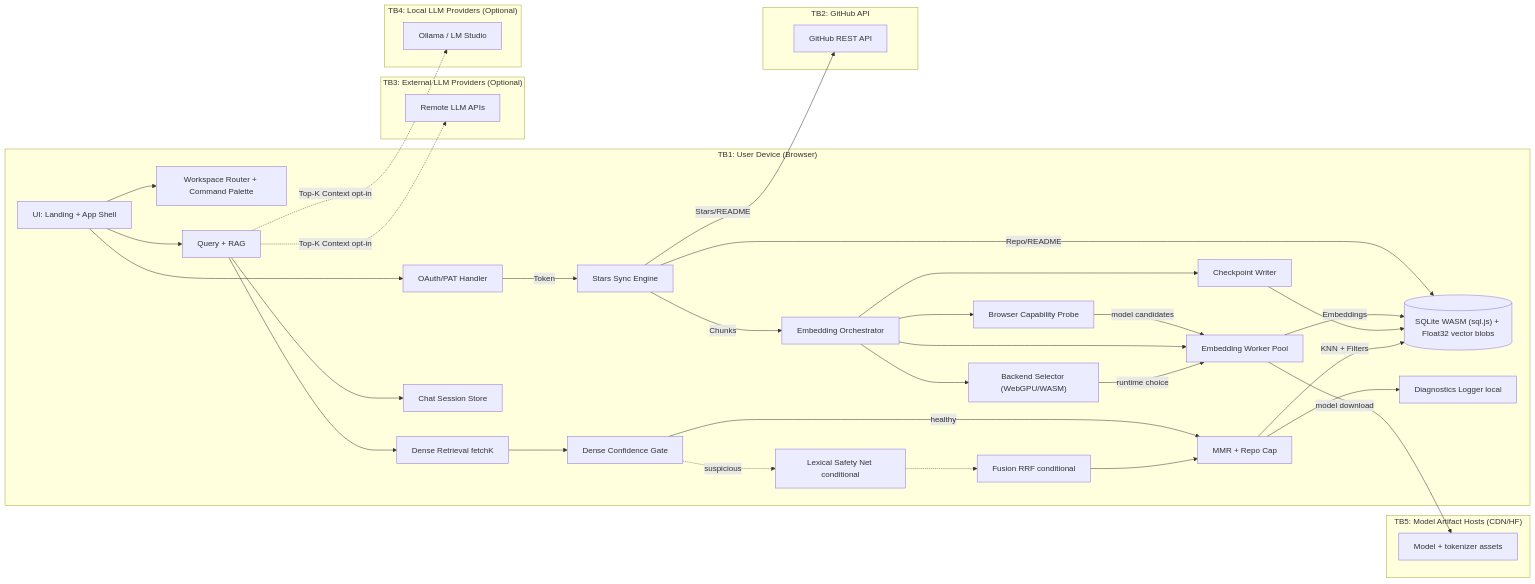
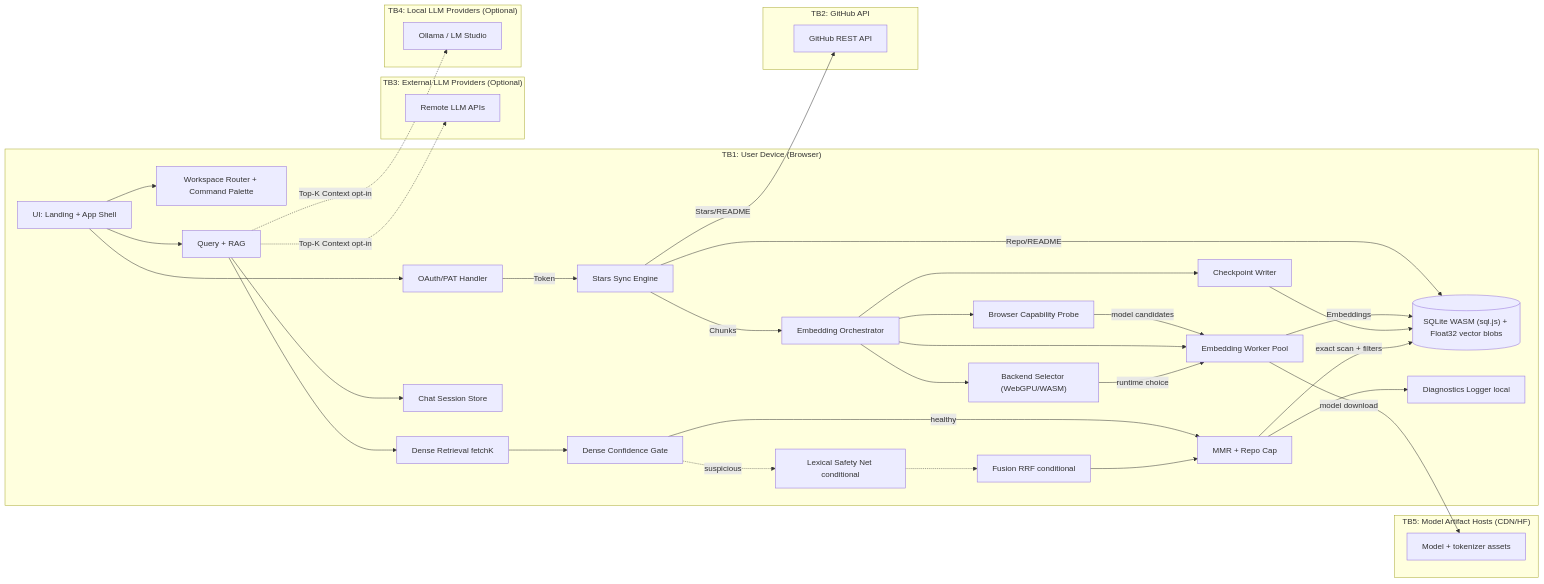
Before and after one commit to Abhinandan-Khurana/GitStarRecall: the first of 2 diagrams in docs/dfd-diagrams.md, drawn with Mermaid. The commit also changed other lines of this file and 13 other files, not shown here.

````diff
--- a/docs/dfd-diagrams.md
+++ b/docs/dfd-diagrams.md
@@ -17,67 +17,67 @@
 ```mermaid
 flowchart LR
   subgraph TB1["TB1: User Device (Browser)"]
     UI[UI: Landing + App Shell]
     Auth[OAuth/PAT Handler]
     Shell["Workspace Router + Command Palette"]
     Sync[Stars Sync Engine]
     Orchestrator[Embedding Orchestrator]
     Pool[Embedding Worker Pool]
     CapProbe[Browser Capability Probe]
     Selector["Backend Selector (WebGPU/WASM)"]
     Checkpoint[Checkpoint Writer]
     DB[("SQLite WASM (sql.js) + Float32 vector blobs")]
     Chat[Chat Session Store]
     Query[Query + RAG]
     Dense[Dense Retrieval fetchK]
     Gate[Dense Confidence Gate]
     Lex[Lexical Safety Net conditional]
     Fuse[Fusion RRF conditional]
     Diversify[MMR + Repo Cap]
     Diag[Diagnostics Logger local]
   end
 
   subgraph TB2["TB2: GitHub API"]
     GH[GitHub REST API]
   end
 
   subgraph TB3["TB3: External LLM Providers (Optional)"]
     LLM[Remote LLM APIs]
   end
 
   subgraph TB4["TB4: Local LLM Providers (Optional)"]
     LocalLLM[Ollama / LM Studio]
   end
 
   subgraph TB5["TB5: Model Artifact Hosts (CDN/HF)"]
     ModelCDN["Model + tokenizer assets"]
   end
 
   UI --> Auth
   UI --> Shell
   Auth -->|Token| Sync
   Sync -->|Stars/README| GH
   Sync -->|Repo/README| DB
   Sync -->|Chunks| Orchestrator
   Orchestrator --> CapProbe
   CapProbe -->|model candidates| Pool
   Orchestrator --> Selector
   Orchestrator --> Pool
   Pool -->|Embeddings| DB
   Orchestrator --> Checkpoint
   Checkpoint --> DB
   Selector -->|runtime choice| Pool
   Pool -->|model download| ModelCDN
   Query --> Dense
   Dense --> Gate
   Gate -->|healthy| Diversify
   Gate -.->|suspicious| Lex
   Lex -.-> Fuse
   Fuse --> Diversify
-  Diversify -->|KNN + Filters| DB
+  Diversify -->|"exact scan + filters"| DB
   Diversify --> Diag
   UI --> Query
   Query --> Chat
   Query -.->|Top-K Context opt-in| LLM
   Query -.->|Top-K Context opt-in| LocalLLM
 ```
````
